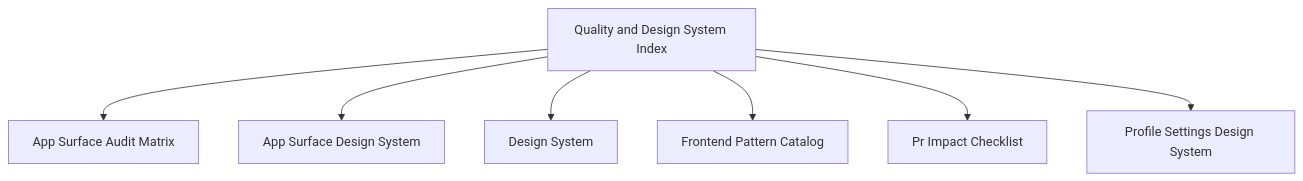
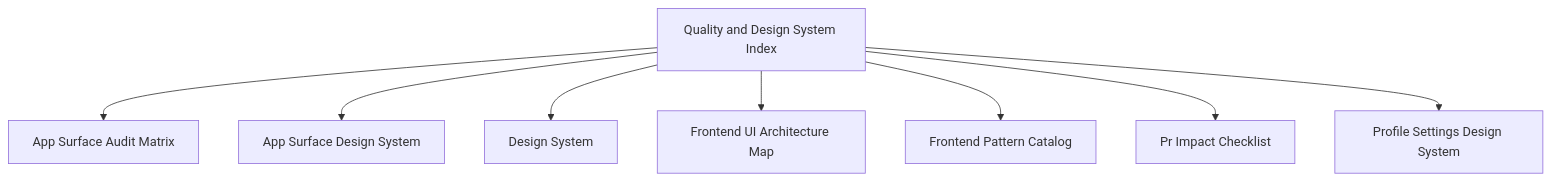
Before and after one commit to hushh-labs/hushh-research: the diagram in docs/reference/quality/README.md, drawn with Mermaid. The commit also changed other lines of this file and 30 other files, not shown here.

````diff
--- a/docs/reference/quality/README.md
+++ b/docs/reference/quality/README.md
@@ -6,16 +6,18 @@
 ```mermaid
 flowchart TD
   root["Quality and Design System Index"]
   n1["App Surface Audit Matrix"]
   root --> n1
   n2["App Surface Design System"]
   root --> n2
   n3["Design System"]
   root --> n3
-  n4["Frontend Pattern Catalog"]
+  n4["Frontend UI Architecture Map"]
   root --> n4
-  n5["Pr Impact Checklist"]
+  n5["Frontend Pattern Catalog"]
   root --> n5
-  n6["Profile Settings Design System"]
+  n6["Pr Impact Checklist"]
   root --> n6
+  n7["Profile Settings Design System"]
+  root --> n7
 ```
````
